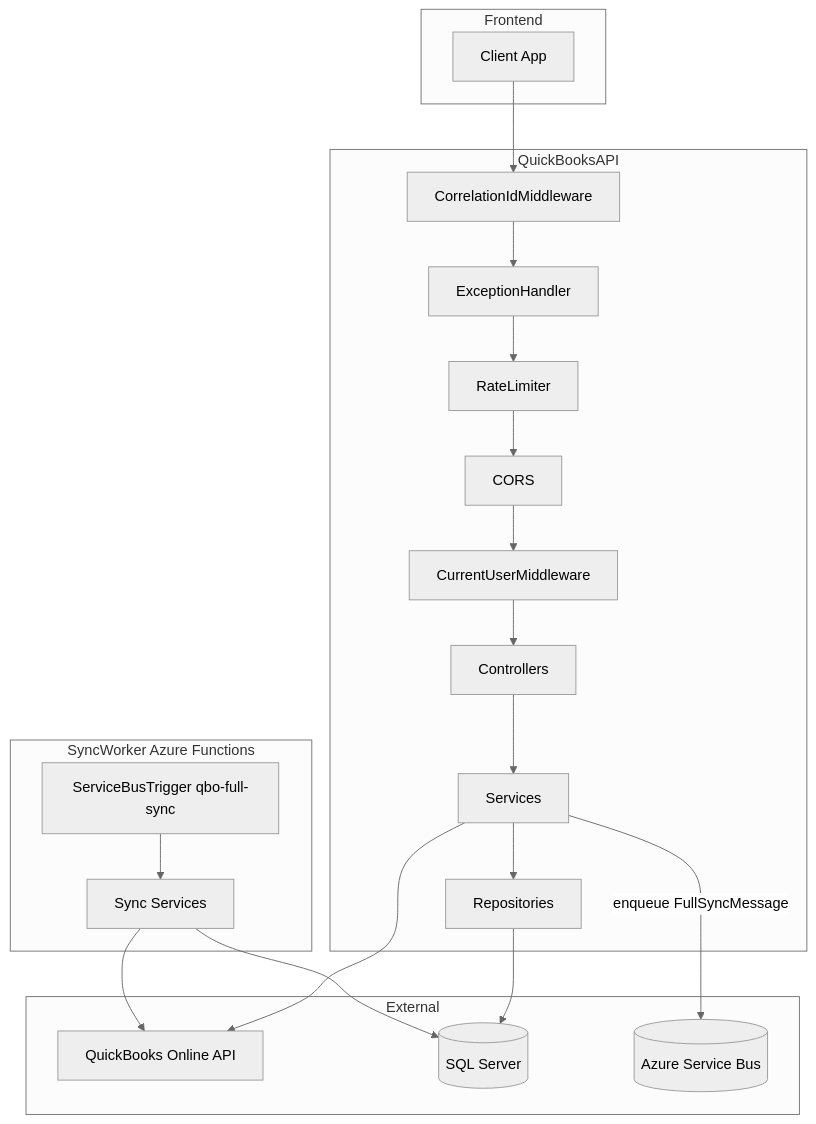
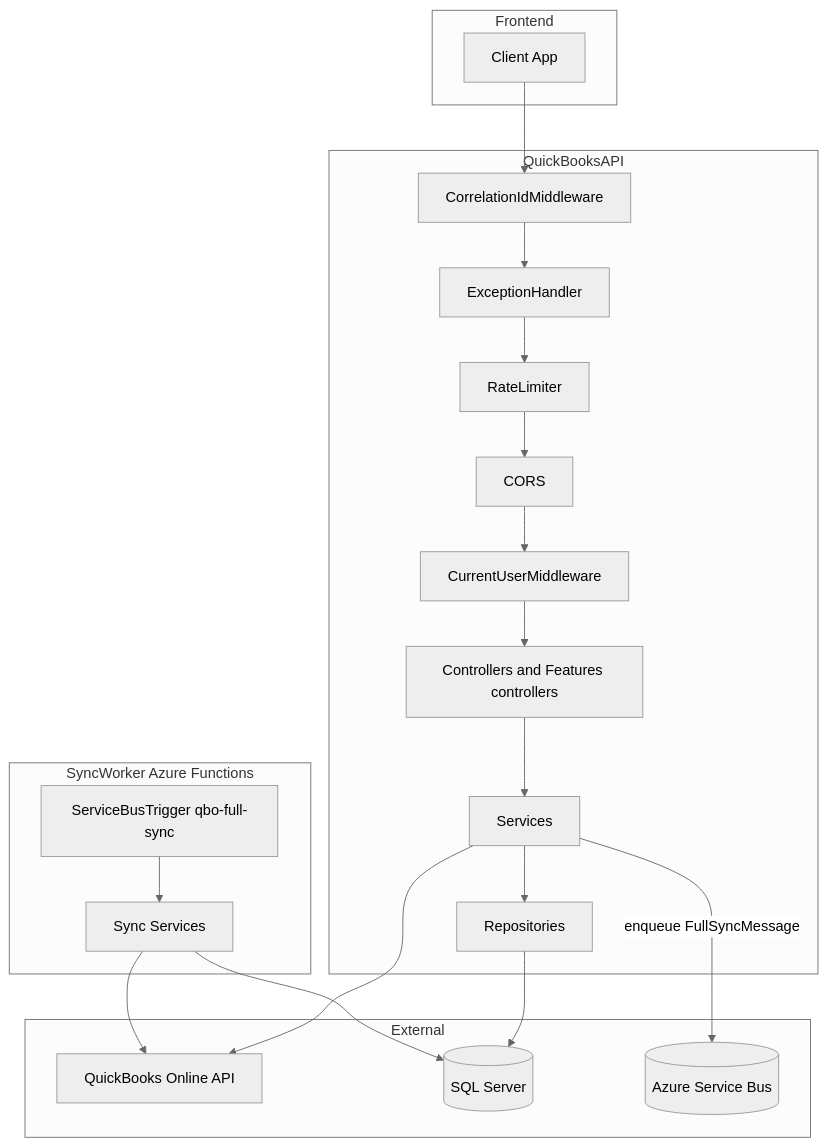
The diagram in README.md (Harsh-km-sin/QuickBooksAPI), drawn with Mermaid (neutral theme) before and after one commit. The commit also changed other lines of this file and 357 other files, not shown here.

````diff
--- a/README.md
+++ b/README.md
@@ -42,36 +50,36 @@
 ```mermaid
 flowchart TB
     subgraph client [Frontend]
         FE[Client App]
     end
     
     subgraph api [QuickBooksAPI]
         MW1[CorrelationIdMiddleware]
         MW2[ExceptionHandler]
         MW3[RateLimiter]
         MW4[CORS]
         MW5[CurrentUserMiddleware]
-        CTRL[Controllers]
+        CTRL[Controllers and Features controllers]
         SVC[Services]
         REPO[Repositories]
     end
     
     subgraph worker ["SyncWorker Azure Functions"]
         Q[ServiceBusTrigger qbo-full-sync]
         WSVC[Sync Services]
     end
     
     subgraph external [External]
         QB[QuickBooks Online API]
         DB[(SQL Server)]
         SB[(Azure Service Bus)]
     end
     
     FE --> MW1 --> MW2 --> MW3 --> MW4 --> MW5 --> CTRL
     CTRL --> SVC --> REPO
     SVC --> QB
     REPO --> DB
     SVC -->|enqueue FullSyncMessage| SB
     Q --> WSVC --> QB
     WSVC --> DB
 ```
````
